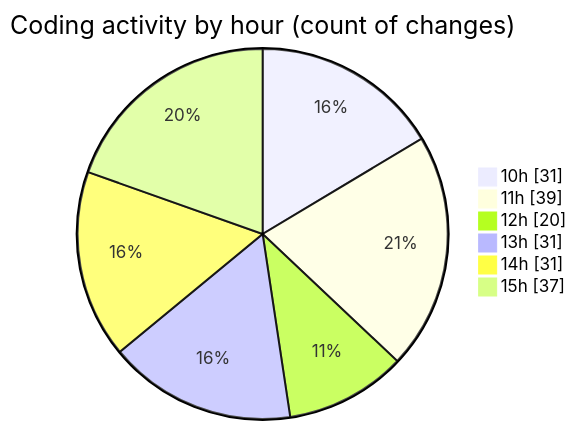
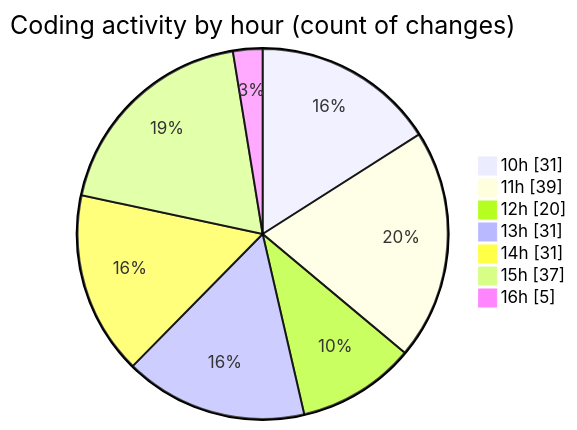
Before and after one commit to momahboobian/code-tracking: the second of 2 diagrams in 2026-03-25/cda/README.md, drawn with Mermaid. The commit also changed other lines of this file and 1 other file, not shown here.

````diff
--- a/2026-03-25/cda/README.md
+++ b/2026-03-25/cda/README.md
@@ -34,10 +34,11 @@
 ```mermaid
 pie showData
 title Coding activity by hour (count of changes)
 "10h" : 31
 "11h" : 39
 "12h" : 20
 "13h" : 31
 "14h" : 31
 "15h" : 37
+"16h" : 5
 ```
````
